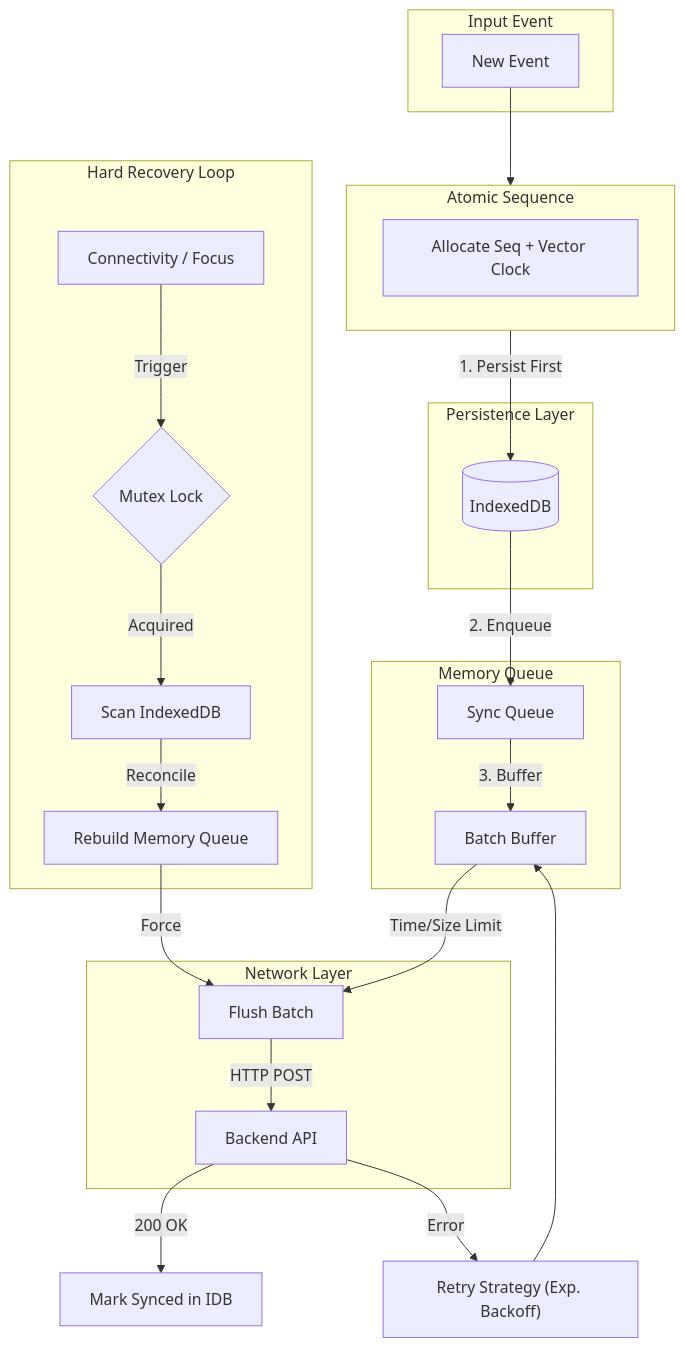
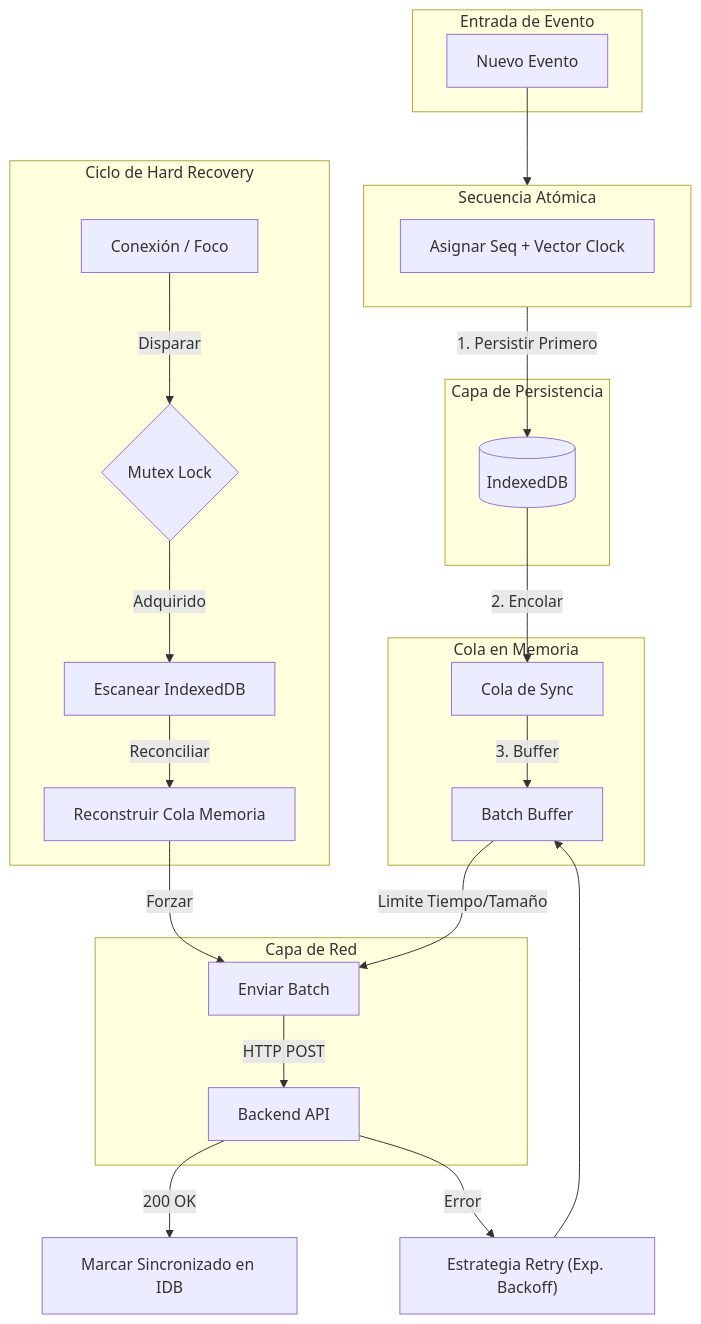
One commit to yoeldevsoft25/LA-CAJA changed the ninth of 13 diagrams in README.md. Above: the diagram before and after it, drawn with Mermaid. The commit also changed other lines of this file, not shown here.

Commit message:
docs: add comprehensive spanish diagrams for federation and backend processing

````diff
--- a/README.md
+++ b/README.md
@@ -436,42 +436,42 @@
 ```mermaid
 flowchart TD
-    subgraph Input["Input Event"]
-        NewEvent[New Event]
+    subgraph Input["Entrada de Evento"]
+        NewEvent[Nuevo Evento]
     end
 
-    subgraph Atomic["Atomic Sequence"]
-        Seq[Allocate Seq + Vector Clock]
+    subgraph Atomic["Secuencia Atómica"]
+        Seq[Asignar Seq + Vector Clock]
     end
 
-    subgraph Persistence["Persistence Layer"]
+    subgraph Persistence["Capa de Persistencia"]
         IDB[(IndexedDB)]
     end
 
-    subgraph Memory["Memory Queue"]
-        Queue[Sync Queue]
+    subgraph Memory["Cola en Memoria"]
+        Queue[Cola de Sync]
         Batch[Batch Buffer]
     end
 
-    subgraph Network["Network Layer"]
-        Flush[Flush Batch]
+    subgraph Network["Capa de Red"]
+        Flush[Enviar Batch]
         API[Backend API]
     end
 
-    subgraph Recovery["Hard Recovery Loop"]
-        Online[Connectivity / Focus] -->|Trigger| Lock{Mutex Lock}
-        Lock -->|Acquired| Scan[Scan IndexedDB]
-        Scan -->|Reconcile| Rebuild[Rebuild Memory Queue]
-        Rebuild -->|Force| Flush
+    subgraph Recovery["Ciclo de Hard Recovery"]
+        Online[Conexión / Foco] -->|Disparar| Lock{Mutex Lock}
+        Lock -->|Adquirido| Scan[Escanear IndexedDB]
+        Scan -->|Reconciliar| Rebuild[Reconstruir Cola Memoria]
+        Rebuild -->|Forzar| Flush
     end
 
     NewEvent --> Atomic
-    Atomic -->|1. Persist First| IDB
-    IDB -->|2. Enqueue| Queue
+    Atomic -->|1. Persistir Primero| IDB
+    IDB -->|2. Encolar| Queue
     Queue -->|3. Buffer| Batch
-    Batch -->|Time/Size Limit| Flush
+    Batch -->|Limite Tiempo/Tamaño| Flush
     Flush -->|HTTP POST| API
 
-    API -->|200 OK| Ack[Mark Synced in IDB]
-    API -->|Error| Retry["Retry Strategy (Exp. Backoff)"]
+    API -->|200 OK| Ack[Marcar Sincronizado en IDB]
+    API -->|Error| Retry["Estrategia Retry (Exp. Backoff)"]
     Retry --> Batch
 ```
````
